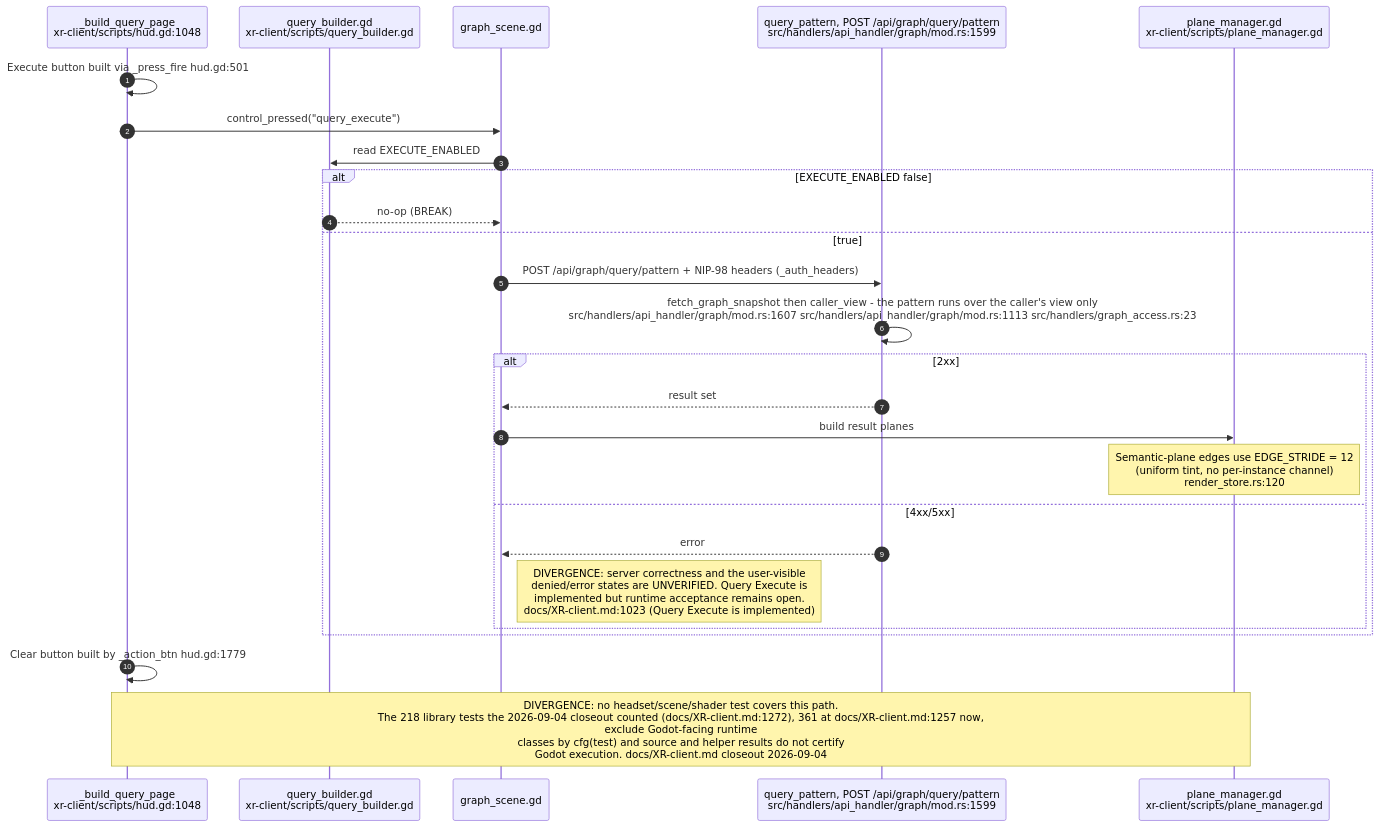
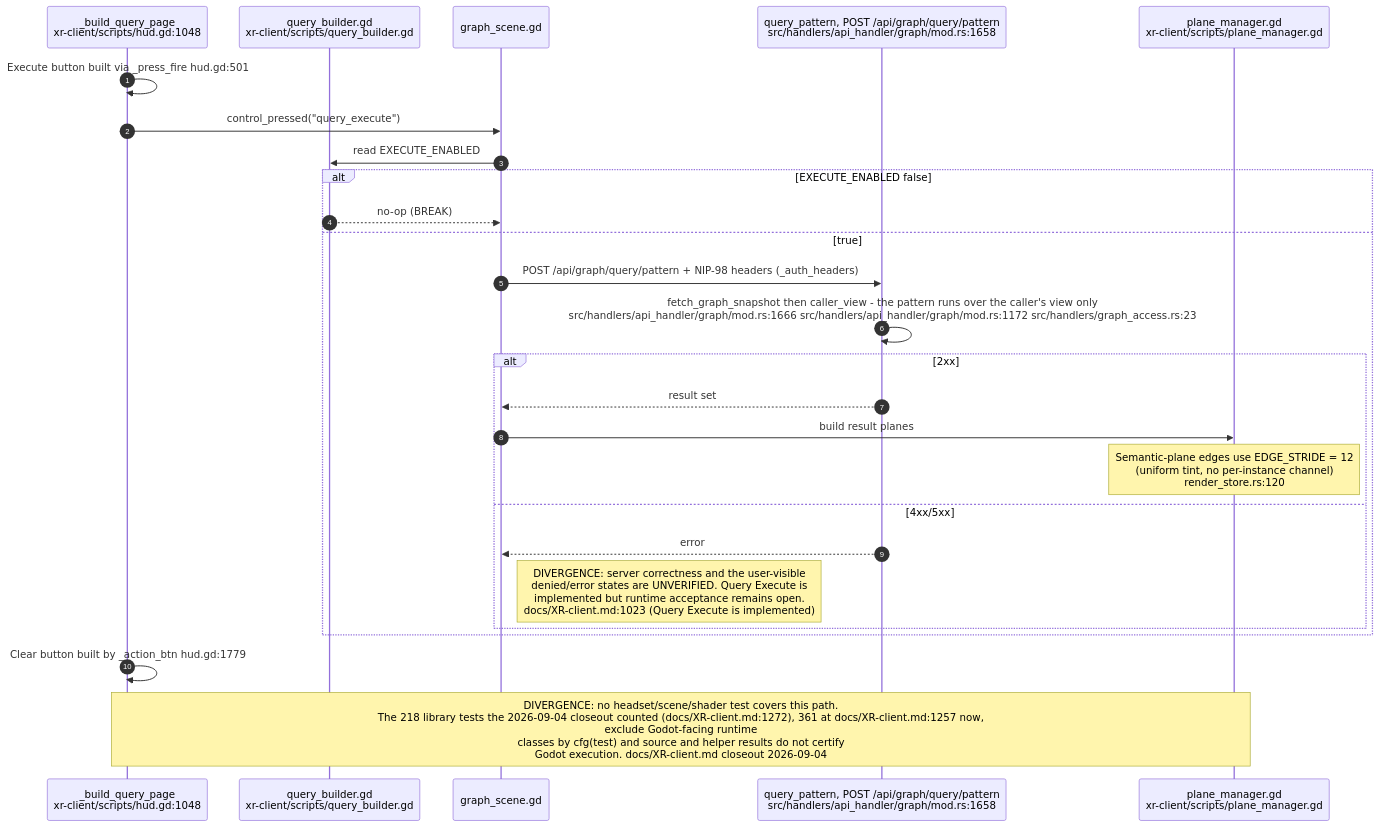
Diagram 17 of 30 in docs/diagrams/visionclaw/36-godot-xr-client.md (DreamLab-AI/VisionFlow), drawn with Mermaid before and after one commit. The commit also changed other lines of this file and 81 other files, not shown here.

First line of the commit message:
docs(diagrams): roll VisionClaw topics to main 010e1109b (PR 37 and 38 merged); fix remaining prose citations

````diff
--- a/docs/diagrams/visionclaw/36-godot-xr-client.md
+++ b/docs/diagrams/visionclaw/36-godot-xr-client.md
@@ -945,29 +945,29 @@
 ```mermaid
 sequenceDiagram
     autonumber
     participant HD as _build_query_page<br/>xr-client/scripts/hud.gd:1048
     participant QB as query_builder.gd<br/>xr-client/scripts/query_builder.gd
     participant GS as graph_scene.gd
-    participant SV as query_pattern, POST /api/graph/query/pattern<br/>src/handlers/api_handler/graph/mod.rs:1599
+    participant SV as query_pattern, POST /api/graph/query/pattern<br/>src/handlers/api_handler/graph/mod.rs:1658
     participant PM as plane_manager.gd<br/>xr-client/scripts/plane_manager.gd
 
     HD->>HD: Execute button built via _press_fire hud.gd:501
     HD->>GS: control_pressed("query_execute")
     GS->>QB: read EXECUTE_ENABLED
     alt EXECUTE_ENABLED false
         QB-->>GS: no-op (BREAK)
     else true
         GS->>SV: POST /api/graph/query/pattern + NIP-98 headers (_auth_headers)
-        SV->>SV: fetch_graph_snapshot then caller_view - the pattern runs over the caller's view only<br/>src/handlers/api_handler/graph/mod.rs:1607 src/handlers/api_handler/graph/mod.rs:1113 src/handlers/graph_access.rs:23
+        SV->>SV: fetch_graph_snapshot then caller_view - the pattern runs over the caller's view only<br/>src/handlers/api_handler/graph/mod.rs:1666 src/handlers/api_handler/graph/mod.rs:1172 src/handlers/graph_access.rs:23
         alt 2xx
             SV-->>GS: result set
             GS->>PM: build result planes
             Note over PM: Semantic-plane edges use EDGE_STRIDE = 12<br/>(uniform tint, no per-instance channel)<br/>render_store.rs:120
         else 4xx/5xx
             SV-->>GS: error
             Note right of GS: DIVERGENCE: server correctness and the user-visible<br/>denied/error states are UNVERIFIED. Query Execute is<br/>implemented but runtime acceptance remains open.<br/>docs/XR-client.md:1023 (Query Execute is implemented)
         end
     end
     HD->>HD: Clear button built by _action_btn hud.gd:1779
     Note over HD,PM: DIVERGENCE: no headset/scene/shader test covers this path.<br/>The 218 library tests the 2026-09-04 closeout counted (docs/XR-client.md:1272), 361 at docs/XR-client.md:1257 now,<br/>exclude Godot-facing runtime<br/>classes by cfg(test) and source and helper results do not certify<br/>Godot execution. docs/XR-client.md closeout 2026-09-04
 ```
````
